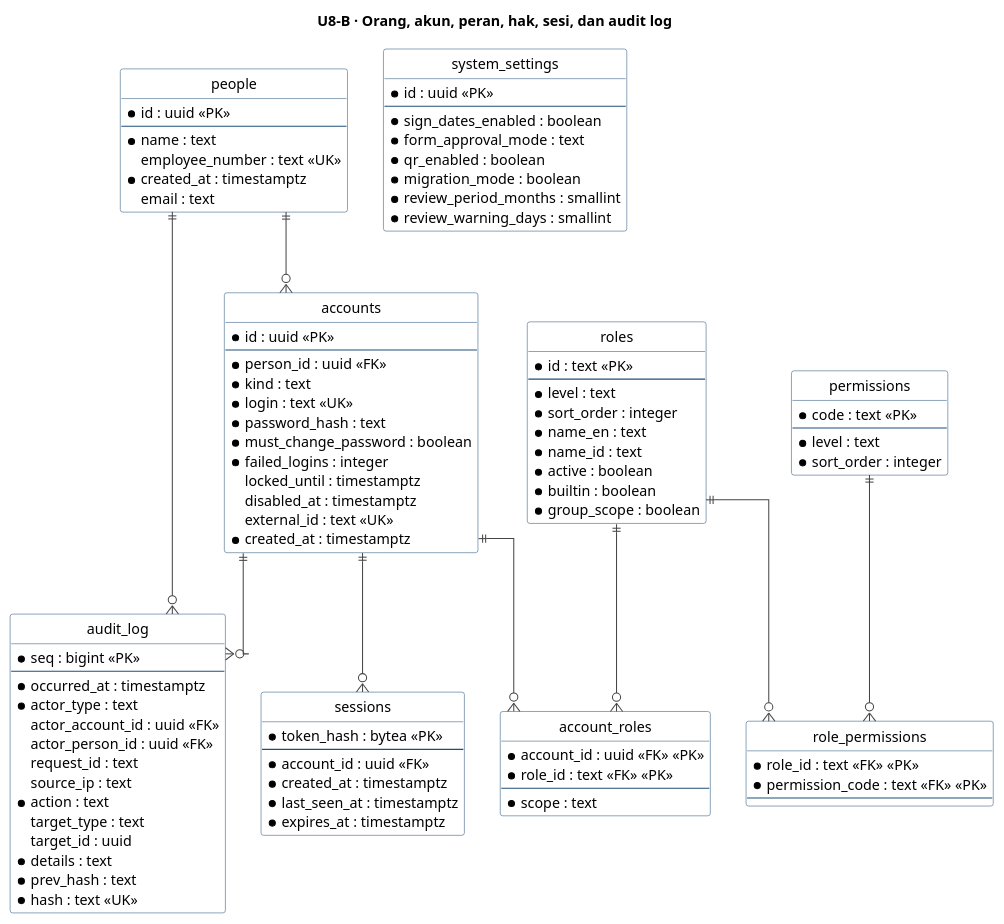
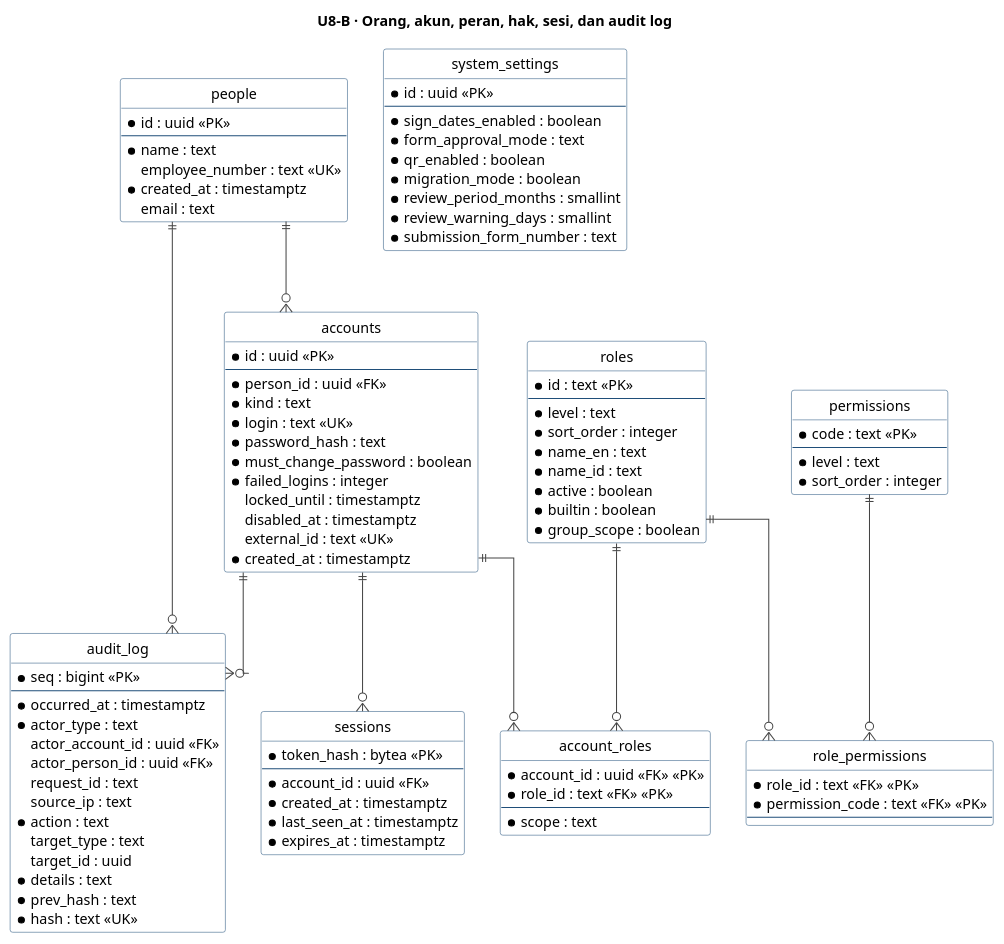
The second of 10 diagrams in docs/uml/U8-erd.puml (dkpauzi/revioten), drawn with PlantUML before and after one commit. The commit also changed other lines of this file and 69 other files, not shown here.

First line of the commit message:
D-207: Form Control Submission per dokumen; D-208: peta Laravel/React untuk IT

```diff
--- a/docs/uml/U8-erd.puml
+++ b/docs/uml/U8-erd.puml
@@ -125,114 +126,115 @@
 @startuml U8-B-akses-dan-audit
 hide circle
 hide empty members
 skinparam linetype ortho
 skinparam shadowing false
 skinparam ArrowColor #444444
 skinparam ClassBorderColor #1F4E79
 skinparam ClassBackgroundColor #FFFFFF
 
 title U8-B · Orang, akun, peran, hak, sesi, dan audit log
 
 entity "people" as people {
   * id : uuid <<PK>>
   --
   * name : text
   employee_number : text <<UK>>
   * created_at : timestamptz
   email : text
 }
 
 entity "accounts" as accounts {
   * id : uuid <<PK>>
   --
   * person_id : uuid <<FK>>
   * kind : text
   * login : text <<UK>>
   * password_hash : text
   * must_change_password : boolean
   * failed_logins : integer
   locked_until : timestamptz
   disabled_at : timestamptz
   external_id : text <<UK>>
   * created_at : timestamptz
 }
 
 entity "sessions" as sessions {
   * token_hash : bytea <<PK>>
   --
   * account_id : uuid <<FK>>
   * created_at : timestamptz
   * last_seen_at : timestamptz
   * expires_at : timestamptz
 }
 
 entity "roles" as roles {
   * id : text <<PK>>
   --
   * level : text
   * sort_order : integer
   * name_en : text
   * name_id : text
   * active : boolean
   * builtin : boolean
   * group_scope : boolean
 }
 
 entity "permissions" as permissions {
   * code : text <<PK>>
   --
   * level : text
   * sort_order : integer
 }
 
 entity "role_permissions" as role_permissions {
   * role_id : text <<FK>> <<PK>>
   * permission_code : text <<FK>> <<PK>>
   --
 }
 
 entity "account_roles" as account_roles {
   * account_id : uuid <<FK>> <<PK>>
   * role_id : text <<FK>> <<PK>>
   --
   * scope : text
 }
 
 entity "audit_log" as audit_log {
   * seq : bigint <<PK>>
   --
   * occurred_at : timestamptz
   * actor_type : text
   actor_account_id : uuid <<FK>>
   actor_person_id : uuid <<FK>>
   request_id : text
   source_ip : text
   * action : text
   target_type : text
   target_id : uuid
   * details : text
   * prev_hash : text
   * hash : text <<UK>>
 }
 
 entity "system_settings" as system_settings {
   * id : uuid <<PK>>
   --
   * sign_dates_enabled : boolean
   * form_approval_mode : text
   * qr_enabled : boolean
   * migration_mode : boolean
   * review_period_months : smallint
   * review_warning_days : smallint
+  * submission_form_number : text
 }
 
 accounts ||--o{ account_roles
 roles ||--o{ account_roles
 people ||--o{ accounts
 accounts ||--o{ audit_log
 people ||--o{ audit_log
 permissions ||--o{ role_permissions
 roles ||--o{ role_permissions
 accounts ||--o{ sessions
 
 @enduml
```
